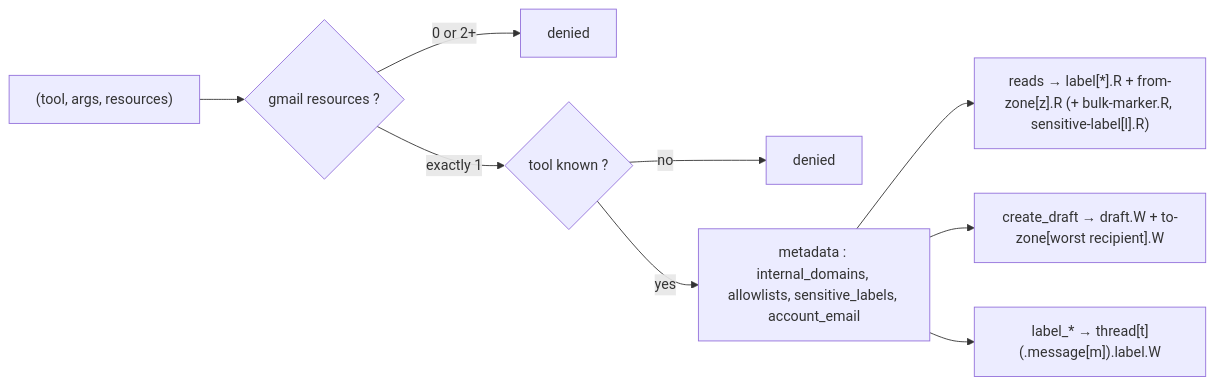
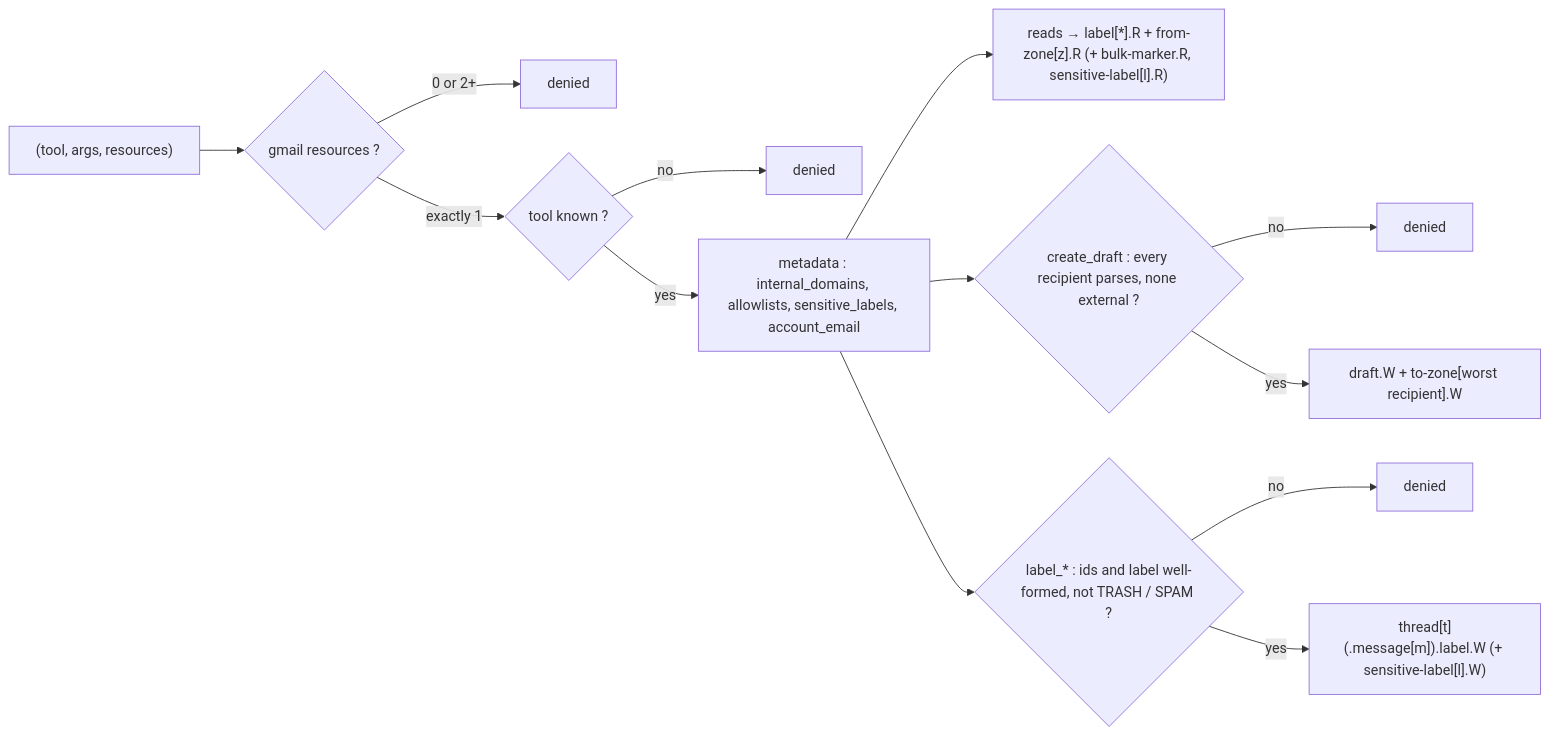
The diagram in docs/handbook/providers/gmail.md (vaubaan/gateway), drawn with Mermaid before and after one commit. The commit also changed other lines of this file and 112 other files, not shown here.

````diff
--- a/docs/handbook/providers/gmail.md
+++ b/docs/handbook/providers/gmail.md
@@ -42,11 +46,15 @@
 ```mermaid
 flowchart LR
   args["(tool, args, resources)"] --> mb{gmail resources ?}
   mb -->|"0 or 2+"| d1[denied]
   mb -->|"exactly 1"| tool{tool known ?}
   tool -->|no| d2[denied]
   tool -->|yes| md["metadata : internal_domains, allowlists, sensitive_labels, account_email"]
   md --> reads["reads → label[*].R + from-zone[z].R (+ bulk-marker.R, sensitive-label[l].R)"]
-  md --> drafts["create_draft → draft.W + to-zone[worst recipient].W"]
-  md --> labels["label_* → thread[t](.message[m]).label.W"]
+  md --> drafts{"create_draft : every recipient parses, none external ?"}
+  drafts -->|no| d3[denied]
+  drafts -->|yes| dw["draft.W + to-zone[worst recipient].W"]
+  md --> labels{"label_* : ids and label well-formed, not TRASH / SPAM ?"}
+  labels -->|no| d4[denied]
+  labels -->|yes| lw["thread[t](.message[m]).label.W (+ sensitive-label[l].W)"]
 ```
````
